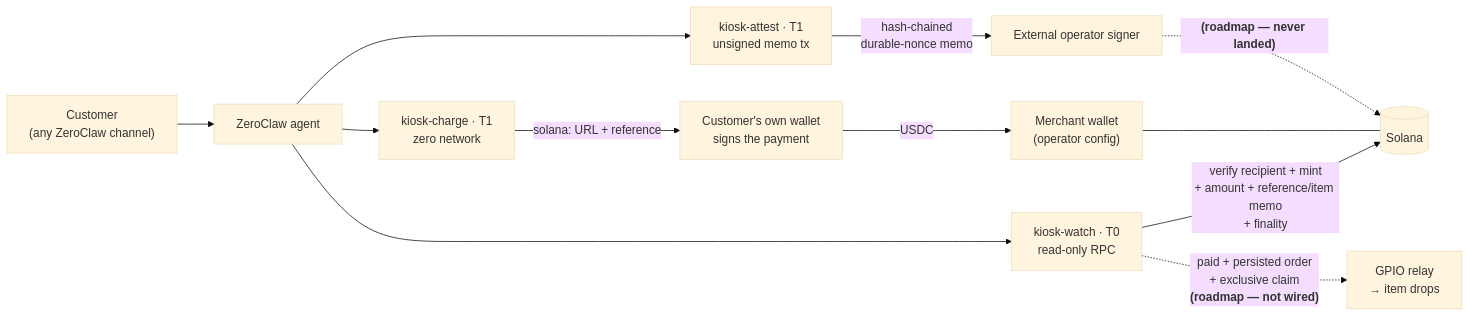
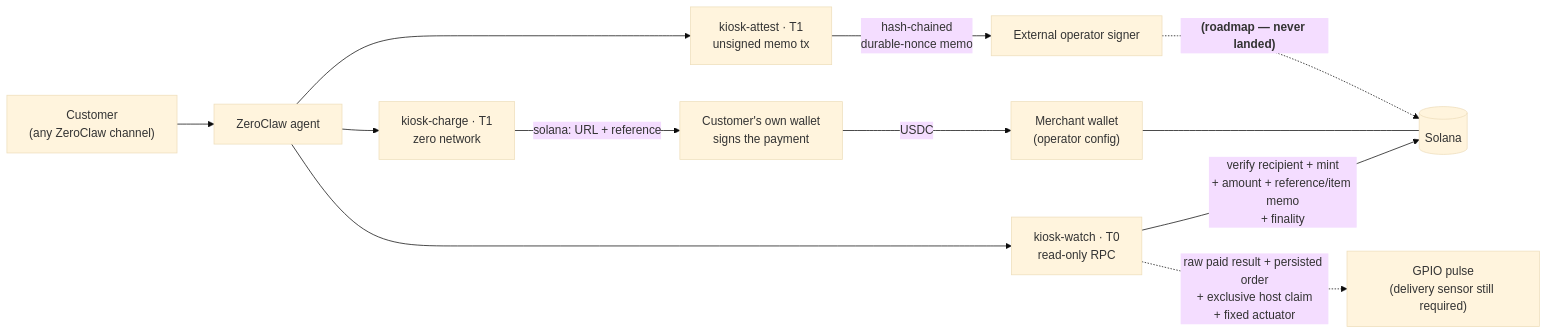
The diagram in README.md (Sushant6095/proofkiosk), drawn with Mermaid (base theme) before and after one commit. The commit also changed other lines of this file and 20 other files, not shown here.

````diff
--- a/README.md
+++ b/README.md
@@ -52,14 +54,14 @@
 ```mermaid
 flowchart LR
     C["Customer<br/>(any ZeroClaw channel)"] --> A["ZeroClaw agent"]
     A --> CH["kiosk-charge · T1<br/>zero network"]
     CH -->|"solana: URL + reference"| W["Customer's own wallet<br/>signs the payment"]
     W -->|"USDC"| M["Merchant wallet<br/>(operator config)"]
     A --> WA["kiosk-watch · T0<br/>read-only RPC"]
     WA -->|"verify recipient + mint<br/>+ amount + reference/item memo<br/>+ finality"| SOL[("Solana")]
     M --- SOL
-    WA -. "paid + persisted order<br/>+ exclusive claim<br/><b>(roadmap — not wired)</b>" .-> R["GPIO relay<br/>→ item drops"]
+    WA -. "raw paid result + persisted order<br/>+ exclusive host claim<br/>+ fixed actuator" .-> R["GPIO pulse<br/>(delivery sensor still required)"]
     A --> AT["kiosk-attest · T1<br/>unsigned memo tx"]
     AT -->|"hash-chained<br/>durable-nonce memo"| S["External operator signer"]
     S -. "<b>(roadmap — never landed)</b>" .-> SOL
 ```
````
